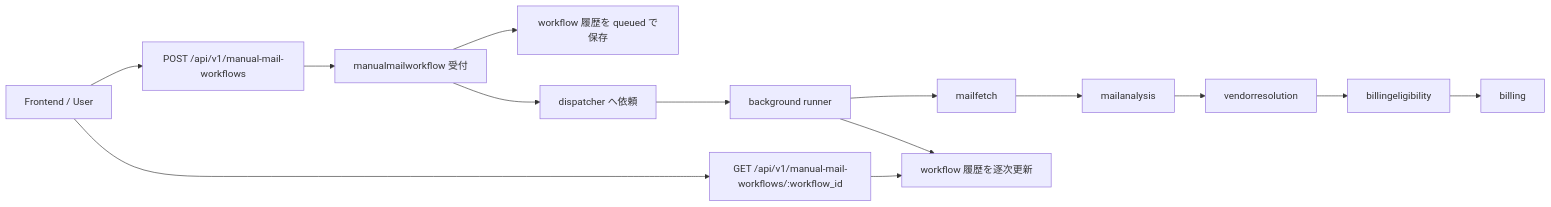
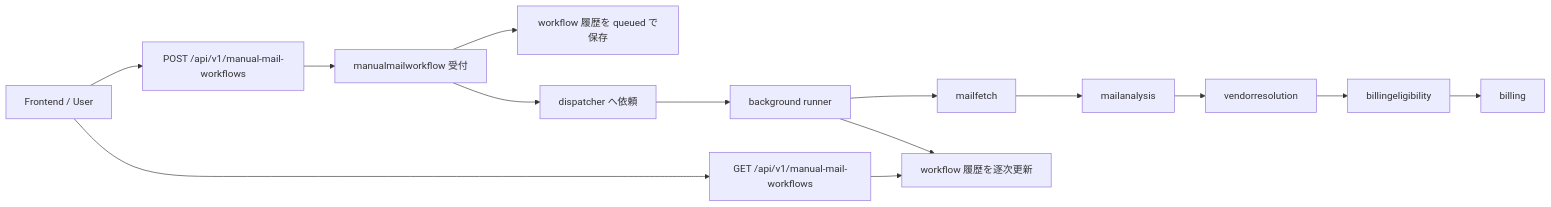
The first of 2 diagrams in docs/spec/manualmailworkflow/requirementsDefinition.md (shrimptails-f/billingrse_backend), drawn with Mermaid before and after one commit. The commit also changed other lines of this file and 3 other files, not shown here.

````diff
--- a/docs/spec/manualmailworkflow/requirementsDefinition.md
+++ b/docs/spec/manualmailworkflow/requirementsDefinition.md
@@ -49,16 +49,16 @@
 ```mermaid
 flowchart LR
   FE[Frontend / User] --> POST[POST /api/v1/manual-mail-workflows]
   POST --> START[manualmailworkflow 受付]
   START --> QUEUED[workflow 履歴を queued で保存]
   START --> DISPATCH[dispatcher へ依頼]
   DISPATCH --> RUNNER[background runner]
   RUNNER --> FETCH[mailfetch]
   FETCH --> ANALYSIS[mailanalysis]
   ANALYSIS --> VENDOR[vendorresolution]
   VENDOR --> ELIGIBILITY[billingeligibility]
   ELIGIBILITY --> BILLING[billing]
   RUNNER --> HISTORY[workflow 履歴を逐次更新]
-  FE --> GET[GET /api/v1/manual-mail-workflows/:workflow_id]
+  FE --> GET[GET /api/v1/manual-mail-workflows]
   GET --> HISTORY
 ```
````
